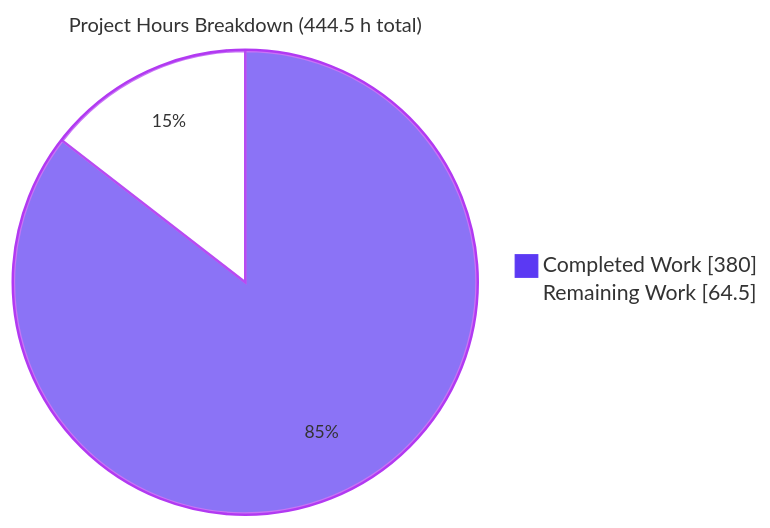
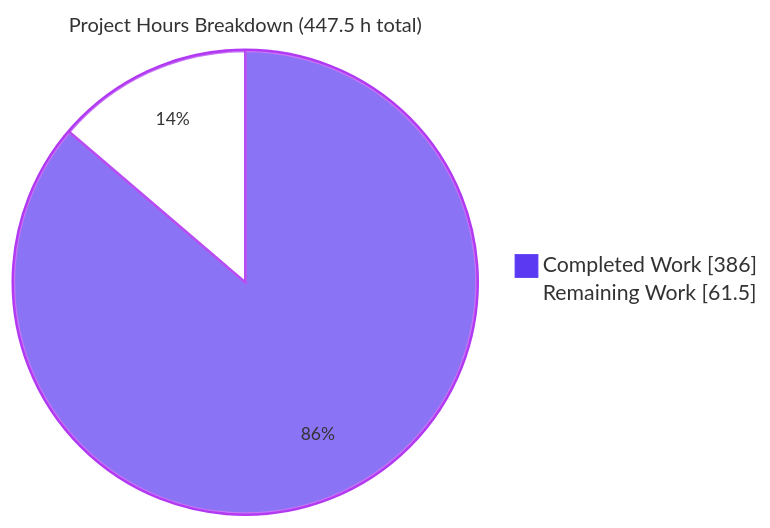
The second of 4 diagrams in blitzy/documentation/Project Guide.md (blitzy-public-samples/freeswitch), drawn with Mermaid before and after one commit. The commit also changed other lines of this file and 3 other files, not shown here.

````diff
--- a/blitzy/documentation/Project Guide.md
+++ b/blitzy/documentation/Project Guide.md
@@ -417,6 +408,6 @@
 ```mermaid
 %%{init: {"theme":"base","themeVariables":{"pie1":"#5B39F3","pie2":"#FFFFFF","pieStrokeColor":"#B23AF2","pieStrokeWidth":"2px","pieOuterStrokeColor":"#B23AF2","pieTitleTextSize":"16px","pieSectionTextSize":"14px"}}}%%
-pie showData title Project Hours Breakdown (444.5 h total)
-    "Completed Work" : 380
-    "Remaining Work" : 64.5
+pie showData title Project Hours Breakdown (447.5 h total)
+    "Completed Work" : 386
+    "Remaining Work" : 61.5
 ```
````
